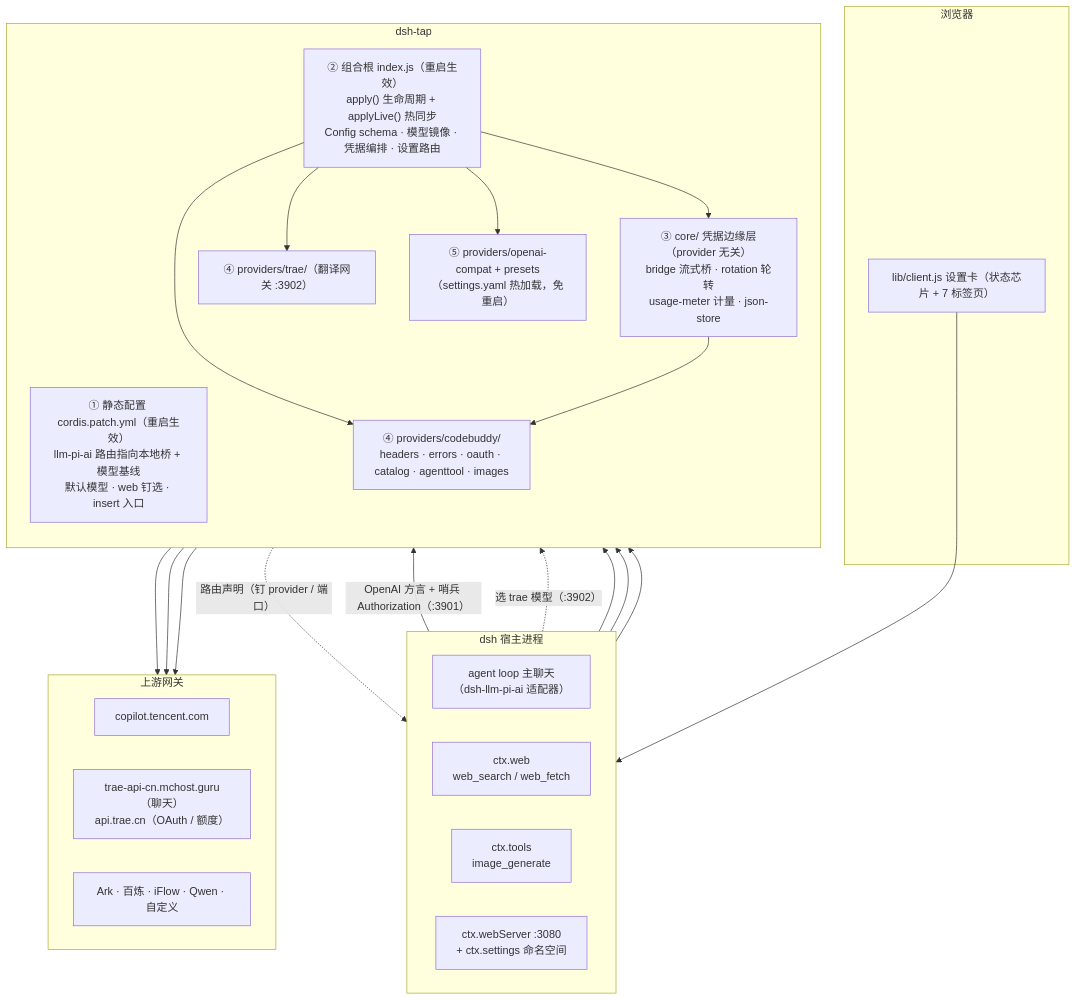
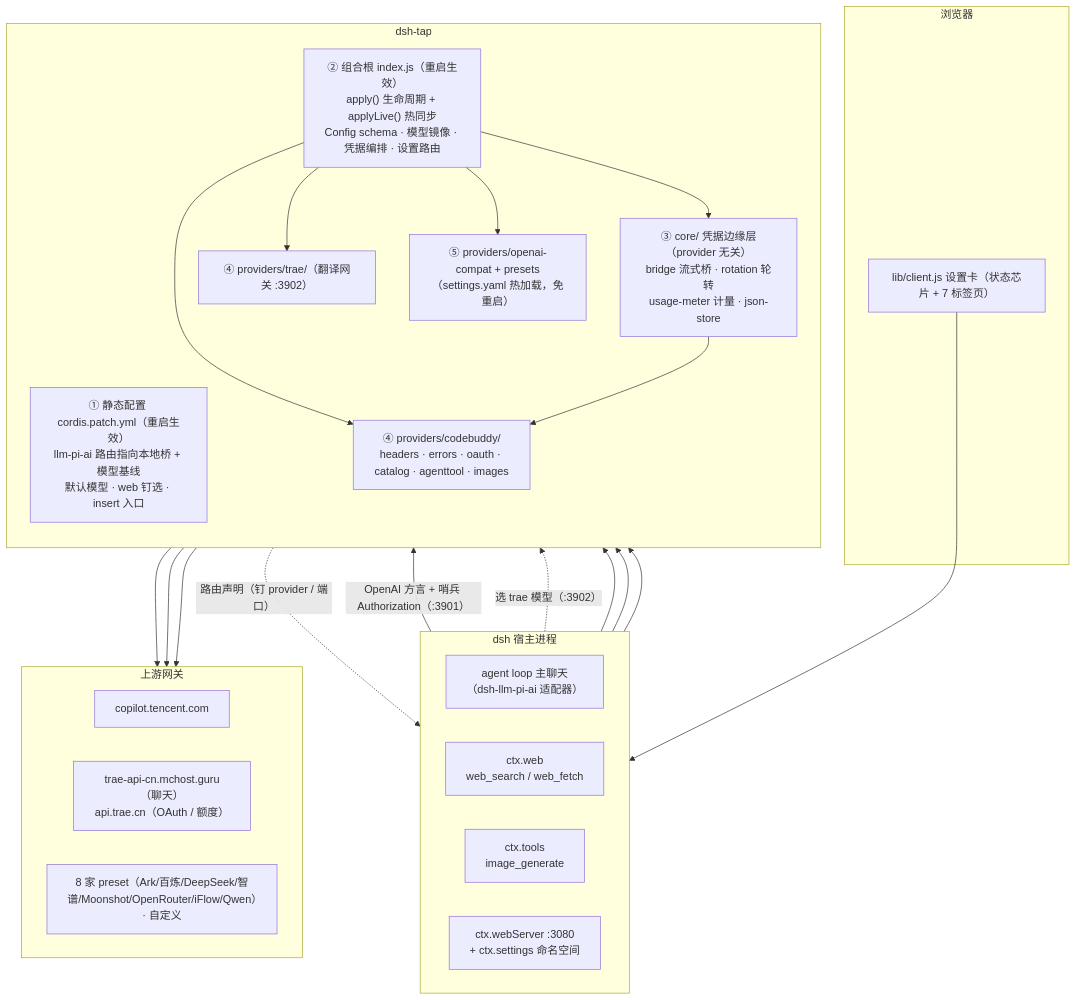
Before and after one commit to taikaikaikai-pixel/dsh-codebuddy-plugin: the first of 4 diagrams in wiki/01-architecture.md, drawn with Mermaid. The commit also changed 13 other files, not shown here.

````diff
--- a/wiki/01-architecture.md
+++ b/wiki/01-architecture.md
@@ -21,47 +21,47 @@
 ```mermaid
 flowchart TB
     subgraph HOST["dsh 宿主进程"]
         direction LR
         H1["agent loop 主聊天<br/>（dsh-llm-pi-ai 适配器）"]
         H2["ctx.web<br/>web_search / web_fetch"]
         H3["ctx.tools<br/>image_generate"]
         H4["ctx.webServer :3080<br/>+ ctx.settings 命名空间"]
     end
 
     subgraph BROWSER["浏览器"]
         CARD["lib/client.js 设置卡（状态芯片 + 7 标签页）"]
     end
 
     subgraph PLUGIN["dsh-tap"]
         direction TB
         L1["① 静态配置 cordis.patch.yml（重启生效）<br/>llm-pi-ai 路由指向本地桥 + 模型基线<br/>默认模型 · web 钉选 · insert 入口"]
         L2["② 组合根 index.js（重启生效）<br/>apply() 生命周期 + applyLive() 热同步<br/>Config schema · 模型镜像 · 凭据编排 · 设置路由"]
         L3["③ core/ 凭据边缘层（provider 无关）<br/>bridge 流式桥 · rotation 轮转<br/>usage-meter 计量 · json-store"]
         L41["④ providers/codebuddy/<br/>headers · errors · oauth · catalog · agenttool · images"]
         L42["④ providers/trae/（翻译网关 :3902）"]
         L43["⑤ providers/openai-compat + presets<br/>（settings.yaml 热加载，免重启）"]
     end
 
     subgraph GW["上游网关"]
         direction LR
         G1["copilot.tencent.com"]
         G2["trae-api-cn.mchost.guru（聊天）<br/>api.trae.cn（OAuth / 额度）"]
-        G3["Ark · 百炼 · iFlow · Qwen · 自定义"]
+        G3["8 家 preset（Ark/百炼/DeepSeek/智谱/Moonshot/OpenRouter/iFlow/Qwen）· 自定义"]
     end
 
     H1 -->|"OpenAI 方言 + 哨兵 Authorization（:3901）"| L3
     H1 -.->|"选 trae 模型（:3902）"| L42
     H2 --> L41
     H3 --> L41
     H4 --> L2
     CARD --> H4
     L1 -.->|"路由声明（钉 provider / 端口）"| H1
     L2 --> L3
     L2 --> L41
     L2 --> L42
     L2 --> L43
     L3 --> L41
     L41 --> G1
     L42 --> G2
     L43 --> G3
 ```
````
